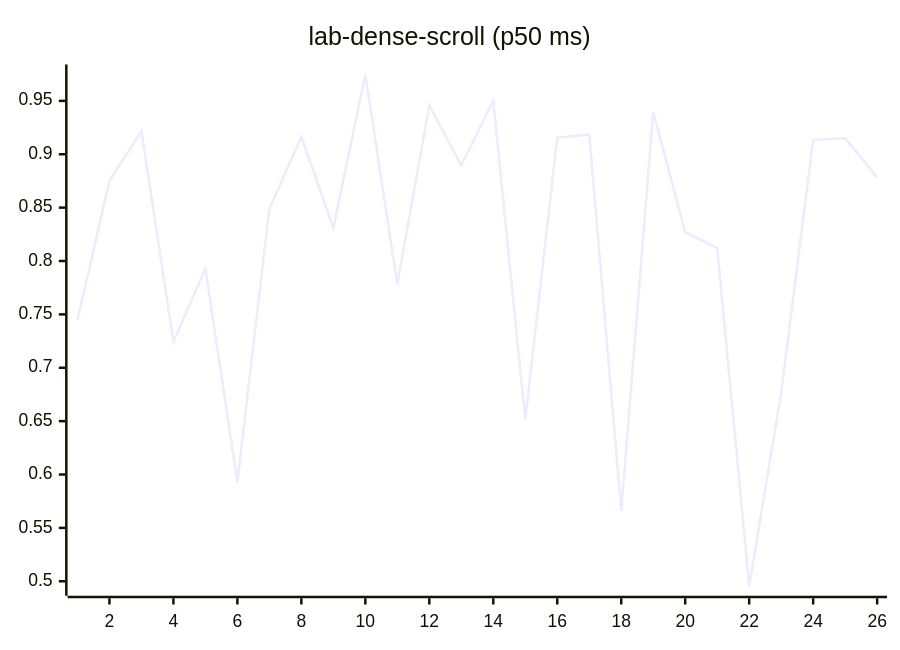
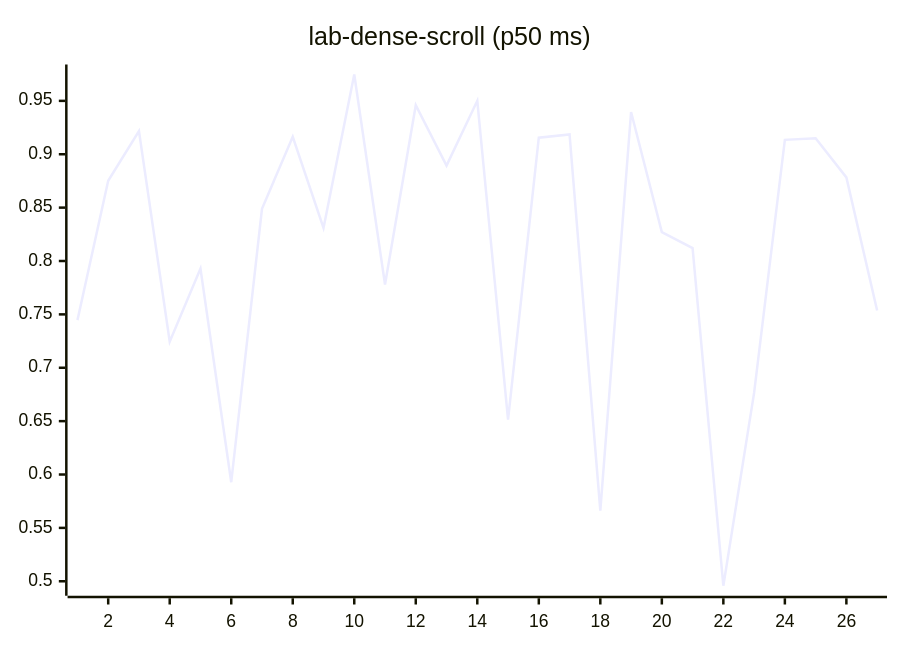
Before and after one commit to josha/Facet: diagram 12 of 27 in README.md, drawn with Mermaid. The commit also changed other lines of this file and 2 other files, not shown here.

````diff
--- a/README.md
+++ b/README.md
@@ -140,6 +140,6 @@
 ```mermaid
 xychart-beta
     title "lab-dense-scroll (p50 ms)"
-    x-axis 1 --> 26
-    line [0.7446, 0.8751, 0.9218, 0.7244, 0.7929, 0.5928, 0.8489, 0.9164, 0.8310, 0.9747, 0.7780, 0.9459, 0.8894, 0.9501, 0.6514, 0.9155, 0.9185, 0.5661, 0.9396, 0.8271, 0.8121, 0.4958, 0.6764, 0.9135, 0.9149, 0.8783]
+    x-axis 1 --> 27
+    line [0.7446, 0.8751, 0.9218, 0.7244, 0.7929, 0.5928, 0.8489, 0.9164, 0.8310, 0.9747, 0.7780, 0.9459, 0.8894, 0.9501, 0.6514, 0.9155, 0.9185, 0.5661, 0.9396, 0.8271, 0.8121, 0.4958, 0.6764, 0.9135, 0.9149, 0.8783, 0.7537]
 ```
````
